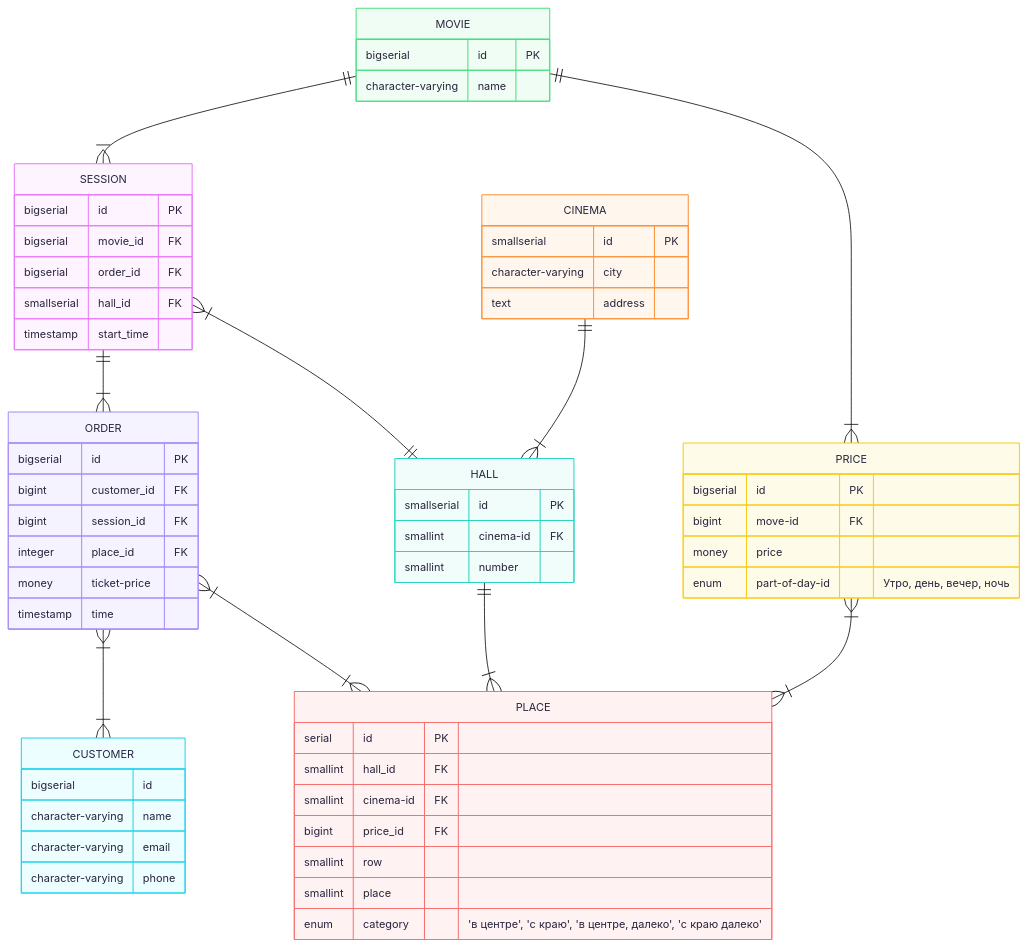
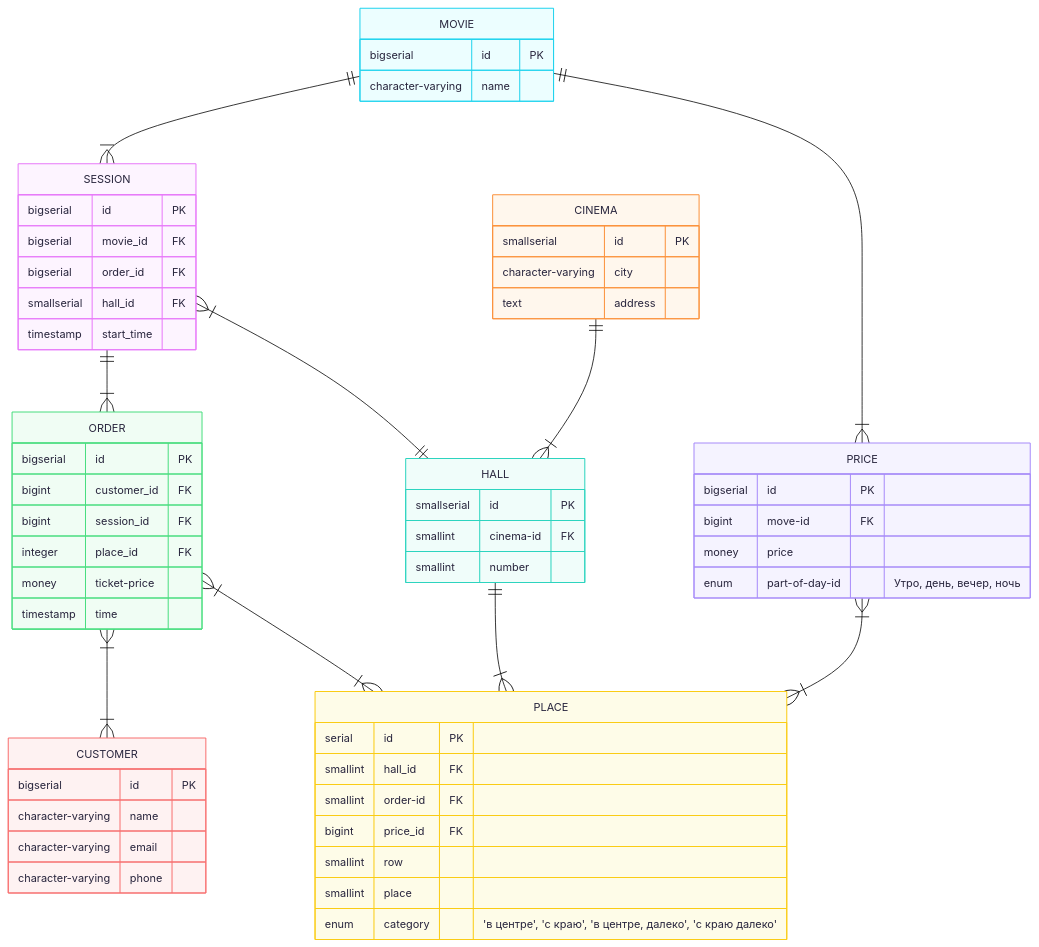
The diagram in cinema.mmd (otusteamedu/PHP_2025), drawn with Mermaid before and after one commit. The commit also changed 1 other file, not shown here.

Commit message:
feat: Updated schema

```diff
--- a/cinema.mmd
+++ b/cinema.mmd
@@ -1,74 +1,74 @@
 ---
 config:
   theme: redux-color
   layout: dagre
 ---
 erDiagram
 	direction TB
 	SESSION {
 		bigserial id PK ""
 		bigserial movie_id FK ""
 		bigserial order_id FK ""
 		smallserial hall_id FK ""
 		timestamp start_time  ""
 	}
 
 	HALL {
 		smallserial id PK ""
 		smallint cinema-id FK ""
 		smallint number  ""
 	}
 
 	CINEMA {
 		smallserial id PK ""
 		character-varying city  ""
 		text address  ""
 	}
 
-	CUSTOMER {
-		bigserial id  ""
-		character-varying name  ""
-		character-varying email  ""
-		character-varying phone  ""
-	}
-
 	MOVIE {
 		bigserial id PK ""
 		character-varying name  ""
 	}
 
 	ORDER {
 		bigserial id PK ""
 		bigint customer_id FK ""
 		bigint session_id FK ""
 		integer place_id FK ""
 		money ticket-price  ""
 		timestamp time  ""
 	}
 
-	PLACE {
-		serial id PK ""
-		smallint hall_id FK ""
-		smallint cinema-id FK ""
-		bigint price_id FK ""
-		smallint row  ""
-		smallint place  ""
-		enum category  "'в центре', 'с краю', 'в центре, далеко', 'с краю далеко'"
-	}
-
 	PRICE {
 		bigserial id PK ""
 		bigint move-id FK ""
 		money price  ""
 		enum part-of-day-id  "Утро, день, вечер, ночь"
+	}
+
+	CUSTOMER {
+		bigserial id PK ""
+		character-varying name  ""
+		character-varying email  ""
+		character-varying phone  ""
+	}
+
+	PLACE {
+		serial id PK ""
+		smallint hall_id FK ""
+		smallint order-id FK ""
+		bigint price_id FK ""
+		smallint row  ""
+		smallint place  ""
+		enum category  "'в центре', 'с краю', 'в центре, далеко', 'с краю далеко'"
 	}
 
 	HALL||--|{PLACE:"  "
 	ORDER}|--|{CUSTOMER:"  "
 	SESSION||--|{ORDER:"  "
 	MOVIE||--|{SESSION:"  "
 	SESSION}|--||HALL:"  "
 	ORDER}|--|{PLACE:"  "
 	CINEMA||--|{HALL:"  "
 	PRICE}|--|{PLACE:"  "
 	MOVIE||--|{PRICE:"  "
```
